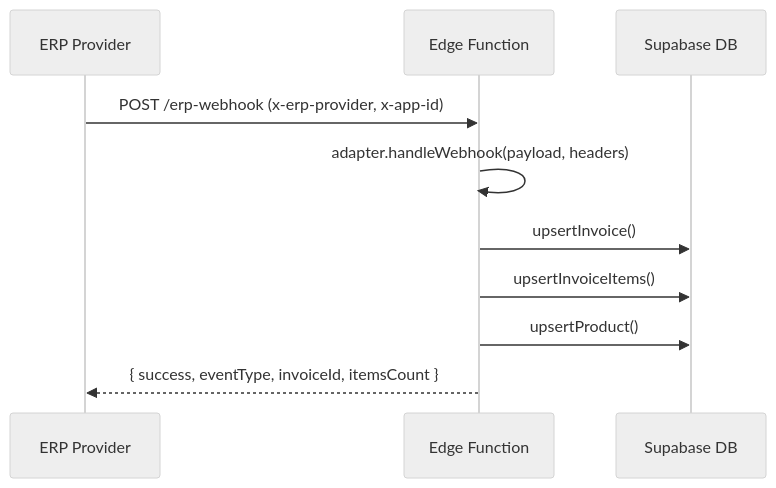
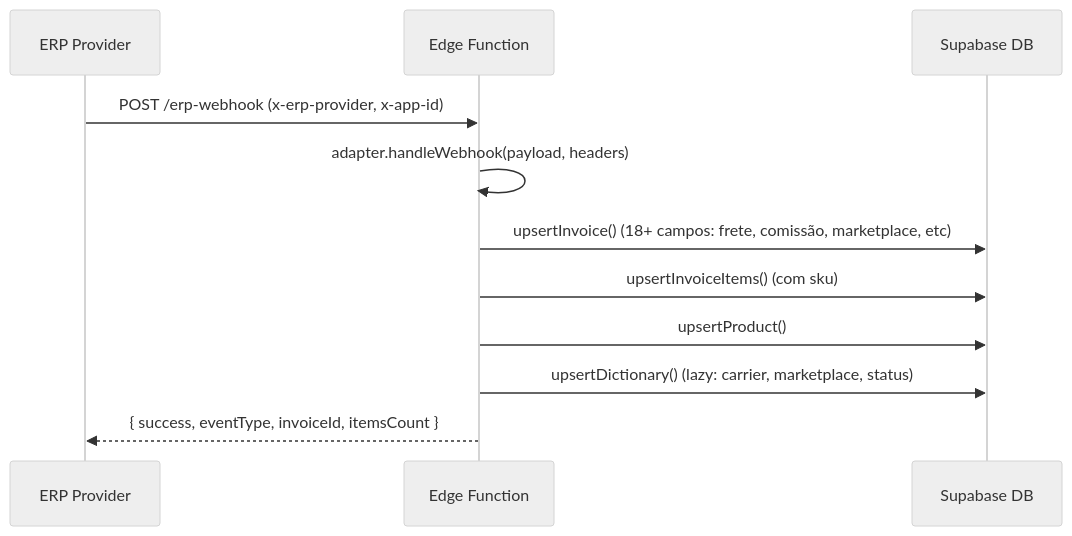
The second of 3 diagrams in docs/prds/08-fluxos-erp.md (Jonathanpitanga-yav/carteira-clientes-agency), drawn with Mermaid (neutral theme) before and after one commit. The commit also changed other lines of this file and 10 other files, not shown here.

First line of the commit message:
feat: orders enrichment — dictionary tables, status system, adapter expansion

````diff
--- a/docs/prds/08-fluxos-erp.md
+++ b/docs/prds/08-fluxos-erp.md
@@ -60,13 +60,14 @@
 ```mermaid
 sequenceDiagram
   participant ERP as ERP Provider
   participant EF as Edge Function
   participant DB as Supabase DB
 
   ERP->>EF: POST /erp-webhook (x-erp-provider, x-app-id)
   EF->>EF: adapter.handleWebhook(payload, headers)
-  EF->>DB: upsertInvoice()
-  EF->>DB: upsertInvoiceItems()
+  EF->>DB: upsertInvoice() (18+ campos: frete, comissão, marketplace, etc)
+  EF->>DB: upsertInvoiceItems() (com sku)
   EF->>DB: upsertProduct()
+  EF->>DB: upsertDictionary() (lazy: carrier, marketplace, status)
   EF-->>ERP: { success, eventType, invoiceId, itemsCount }
 ```
````
